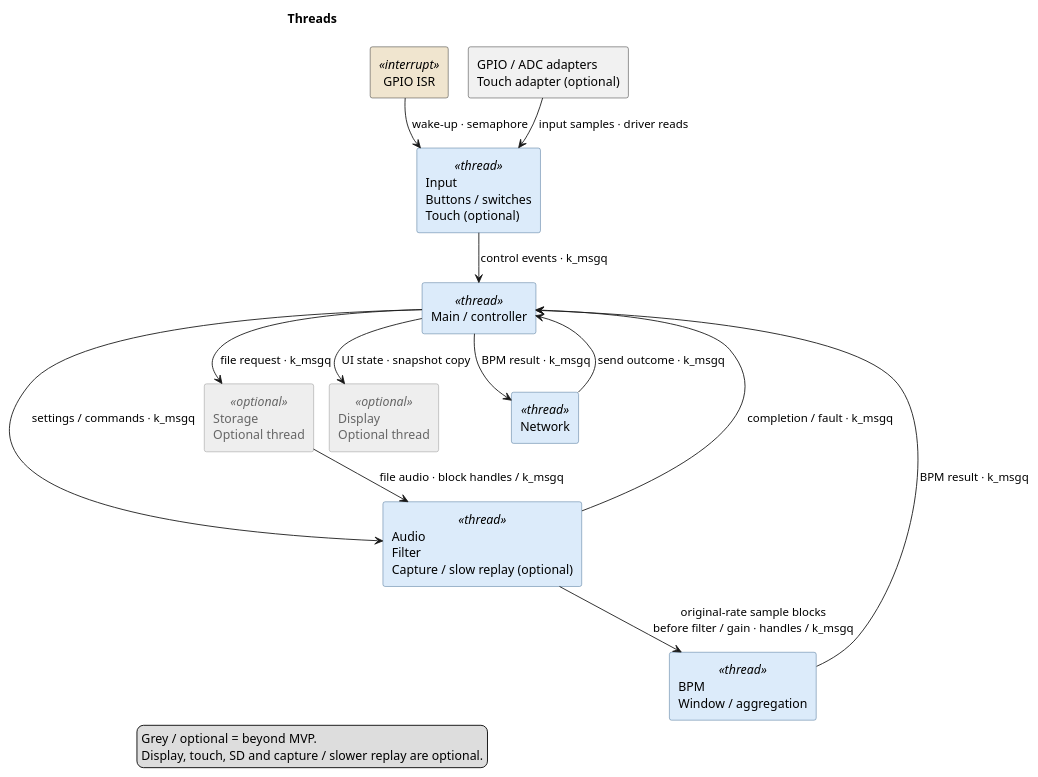
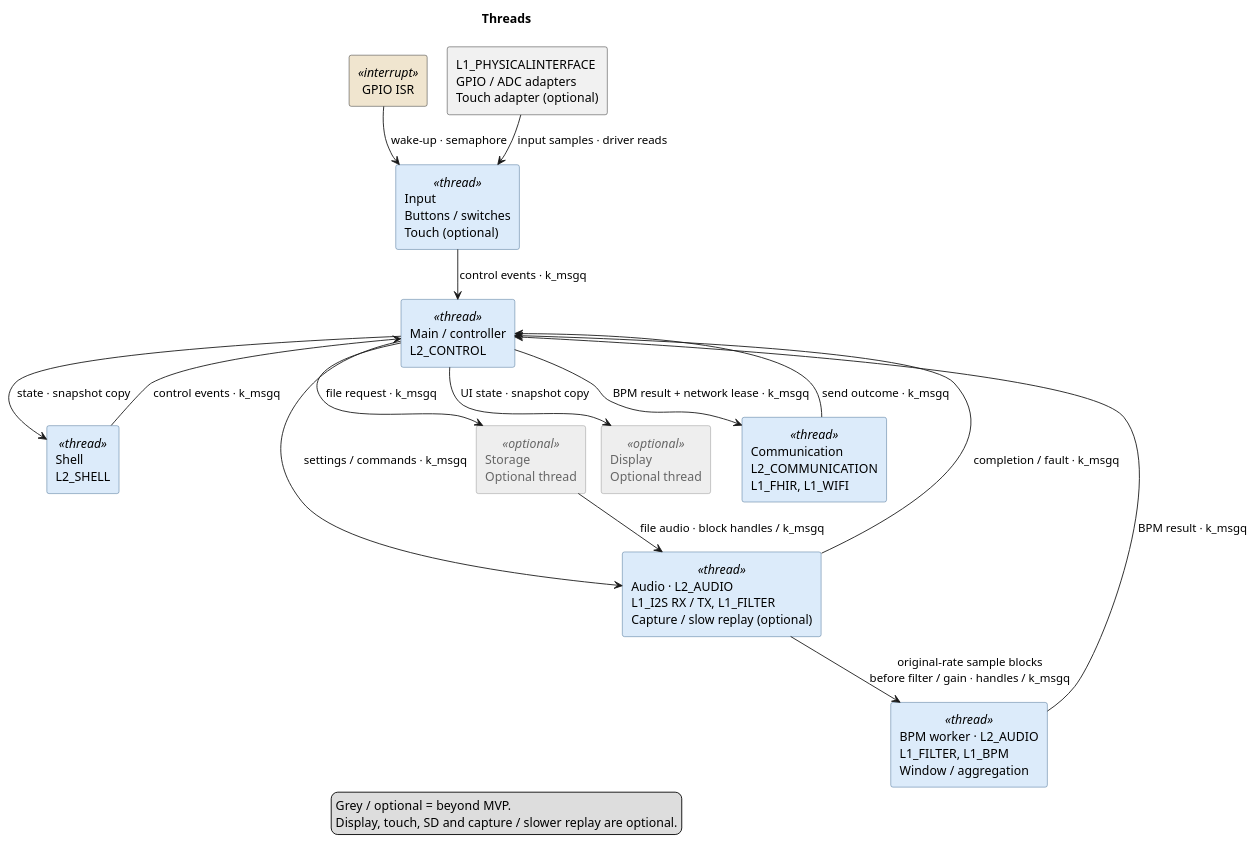
One commit to DemonicPsychoII/DigitalStethoscope changed the diagram in Development/system/architecture/runtime-ownership.puml. Above: the diagram before and after it, drawn with PlantUML. The commit also changed 12 other files, not shown here.

First line of the commit message:
Document firmware layer decisions in design, register and diagrams

```diff
--- a/Development/system/architecture/runtime-ownership.puml
+++ b/Development/system/architecture/runtime-ownership.puml
@@ -1,48 +1,51 @@
 @startuml runtime_ownership
 !pragma layout smetana
 skinparam shadowing false
 skinparam component {
  BackgroundColor<<optional>> #EEEEEE
  BorderColor<<optional>> #888888
  FontColor<<optional>> #666666
 }
 skinparam artifact {
  BackgroundColor<<optional>> #EEEEEE
  BorderColor<<optional>> #888888
  FontColor<<optional>> #666666
 }
 skinparam componentStyle rectangle
 skinparam defaultFontName SansSerif
 title Threads
 top to bottom direction
 skinparam component {
  BackgroundColor<<thread>> #DCEBFA
  BorderColor<<thread>> #345E87
  BackgroundColor<<interrupt>> #F0E5CF
 }
 component "GPIO ISR" as irq <<interrupt>>
-component "GPIO / ADC adapters\nTouch adapter (optional)" as adapters
+component "L1_PHYSICALINTERFACE\nGPIO / ADC adapters\nTouch adapter (optional)" as adapters
 component "Input\nButtons / switches\nTouch (optional)" as inp <<thread>>
-component "Main / controller" as ctl <<thread>>
-component "Audio\nFilter\nCapture / slow replay (optional)" as audio <<thread>>
-component "BPM\nWindow / aggregation" as bpm <<thread>>
+component "Shell\nL2_SHELL" as shell <<thread>>
+component "Main / controller\nL2_CONTROL" as ctl <<thread>>
+component "Audio · L2_AUDIO\nL1_I2S RX / TX, L1_FILTER\nCapture / slow replay (optional)" as audio <<thread>>
+component "BPM worker · L2_AUDIO\nL1_FILTER, L1_BPM\nWindow / aggregation" as bpm <<thread>>
 component "Storage\nOptional thread" as storage <<optional>>
 component "Display\nOptional thread" as display <<optional>>
-component "Network" as net <<thread>>
+component "Communication\nL2_COMMUNICATION\nL1_FHIR, L1_WIFI" as net <<thread>>
 irq --> inp : wake-up · semaphore
 adapters --> inp : input samples · driver reads
 inp --> ctl : control events · k_msgq
+shell --> ctl : control events · k_msgq
+ctl --> shell : state · snapshot copy
 ctl --> audio : settings / commands · k_msgq
 audio --> bpm : original-rate sample blocks\nbefore filter / gain · handles / k_msgq
 bpm --> ctl : BPM result · k_msgq
 audio --> ctl : completion / fault · k_msgq
 ctl --> storage : file request · k_msgq
 storage --> audio : file audio · block handles / k_msgq
 ctl --> display : UI state · snapshot copy
-ctl --> net : BPM result · k_msgq
+ctl --> net : BPM result + network lease · k_msgq
 net --> ctl : send outcome · k_msgq
 legend bottom
   Grey / optional = beyond MVP.
   Display, touch, SD and capture / slower replay are optional.
 endlegend
 @enduml
```
